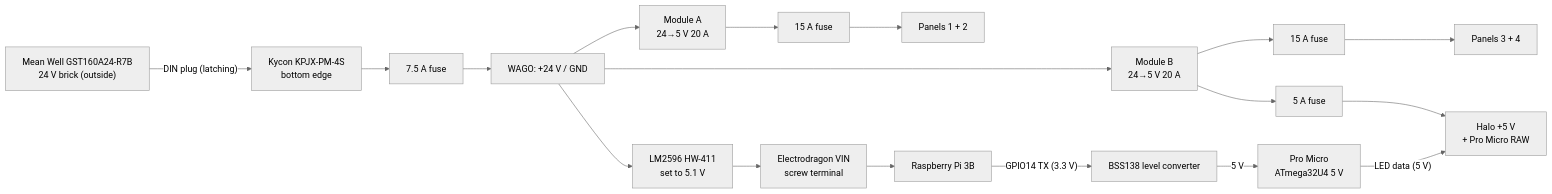
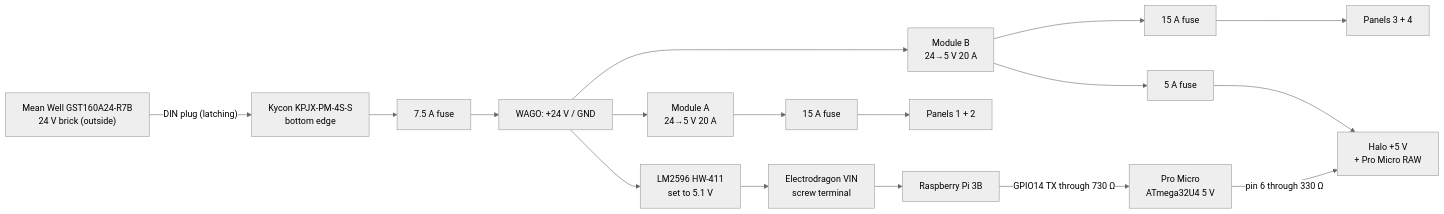
One commit to sshcrack/led-matrix changed the diagram in hardware/wiring/README.md. Above: the diagram before and after it, drawn with Mermaid (neutral theme). The commit also changed other lines of this file and 1 other file, not shown here.

Commit message:
Wiring: bench-built status, Pi location, resistor-only halo data line, IO14 note

````diff
--- a/hardware/wiring/README.md
+++ b/hardware/wiring/README.md
@@ -15,13 +14,13 @@
 ```mermaid
 flowchart LR
-  brick["Mean Well GST160A24-R7B<br/>24 V brick (outside)"] -- "DIN plug (latching)" --> jack["Kycon KPJX-PM-4S<br/>bottom edge"]
+  brick["Mean Well GST160A24-R7B<br/>24 V brick (outside)"] -- "DIN plug (latching)" --> jack["Kycon KPJX-PM-4S-S<br/>bottom edge"]
   jack --> F0["7.5 A fuse"] --> W24["WAGO: +24 V / GND"]
   W24 --> A["Module A<br/>24→5 V 20 A"]
   W24 --> B["Module B<br/>24→5 V 20 A"]
   W24 --> L["LM2596 HW-411<br/>set to 5.1 V"]
   A --> FA["15 A fuse"] --> P12["Panels 1 + 2"]
   B --> FB["15 A fuse"] --> P34["Panels 3 + 4"]
   B --> FH["5 A fuse"] --> H["Halo +5 V<br/>+ Pro Micro RAW"]
   L --> ED["Electrodragon VIN<br/>screw terminal"] --> Pi["Raspberry Pi 3B"]
-  Pi -- "GPIO14 TX (3.3 V)" --> LS["BSS138 level converter"] -- "5 V" --> PM["Pro Micro<br/>ATmega32U4 5 V"] -- "LED data (5 V)" --> H
+  Pi -- "GPIO14 TX through 730 Ω" --> PM["Pro Micro<br/>ATmega32U4 5 V"] -- "pin 6 through 330 Ω" --> H
 ```
````
